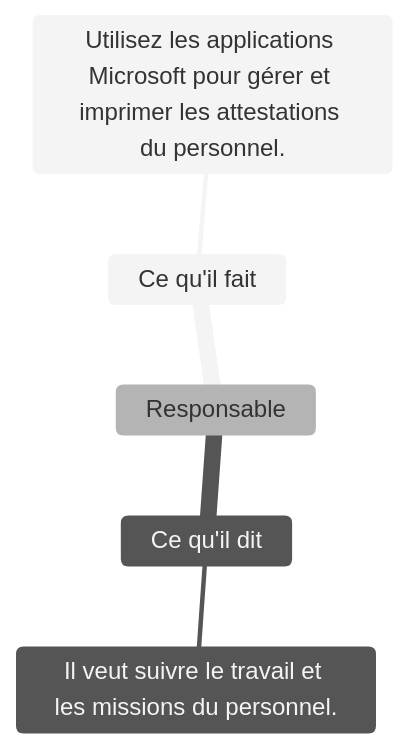
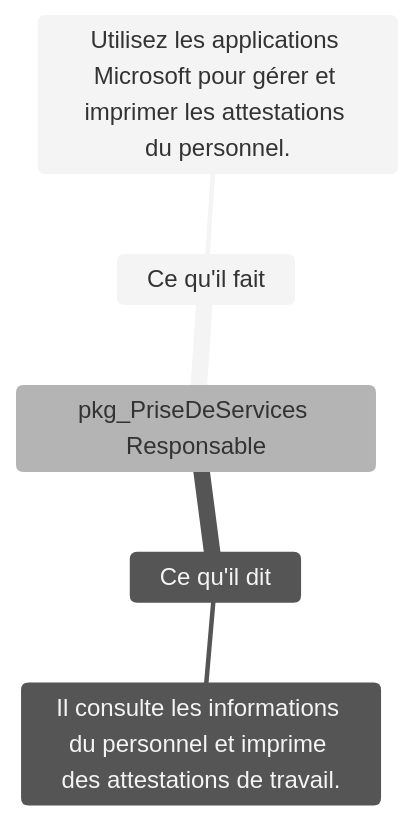
One commit to hamidAchaou/gestion-personnels changed the diagram in modélisation/pkg_PriseDeServices/empathy-responsable.mmd. Above: the diagram before and after it, drawn with Mermaid (neutral theme). The commit also changed 3 other files, not shown here.

```diff
--- a/modélisation/pkg_PriseDeServices/empathy-responsable.mmd
+++ b/modélisation/pkg_PriseDeServices/empathy-responsable.mmd
@@ -1,7 +1,7 @@
 %% @config(../mindmap-config.json)
 mindmap
-    Responsable
+    pkg_PriseDeServices Responsable
         Ce qu'il fait
             Utilisez les applications Microsoft pour gérer et imprimer les attestations du personnel.
         Ce qu'il dit
-            Il veut suivre le travail et les missions du personnel.
+            Il consulte les informations du personnel et imprime des attestations de travail.
```
